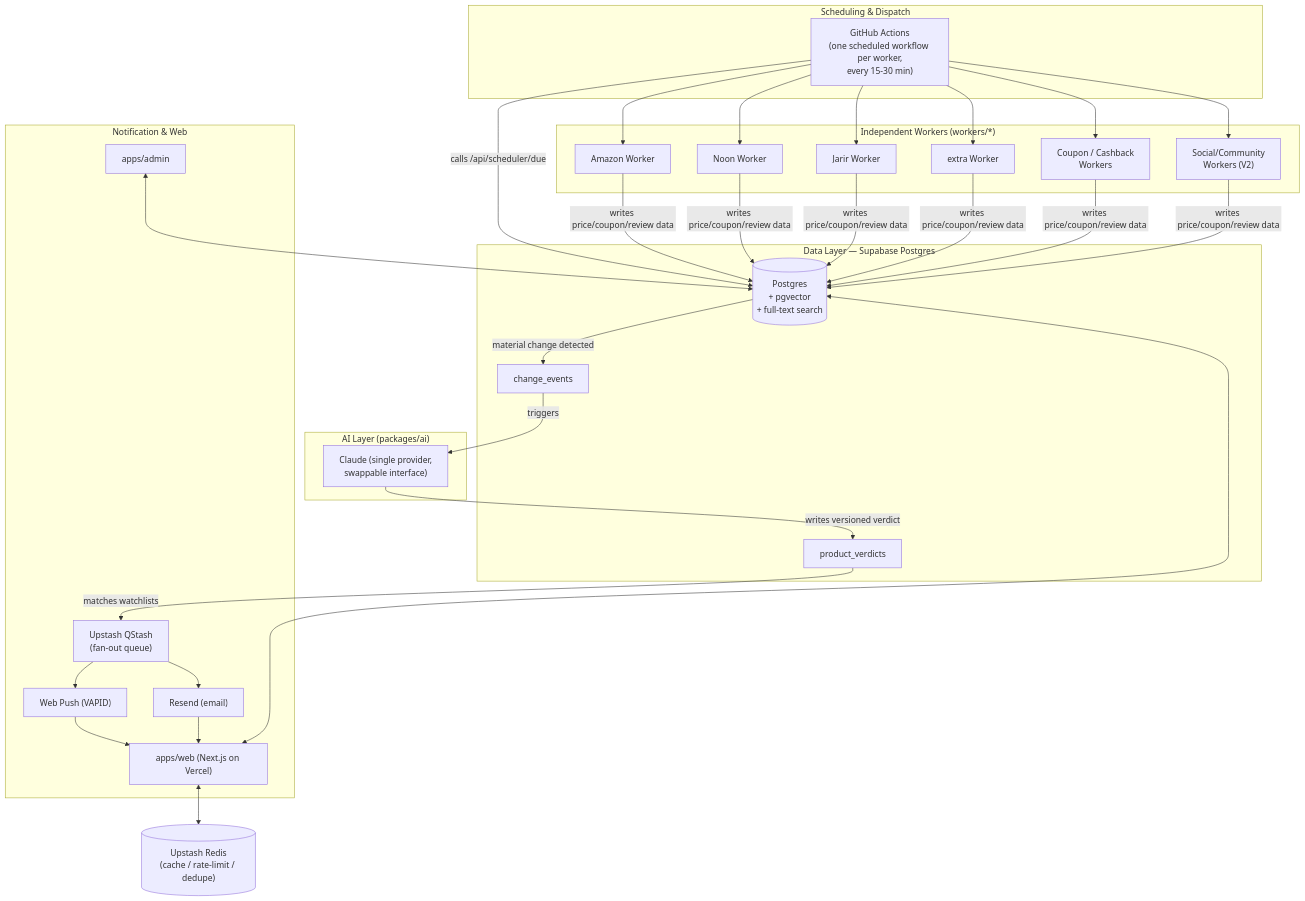
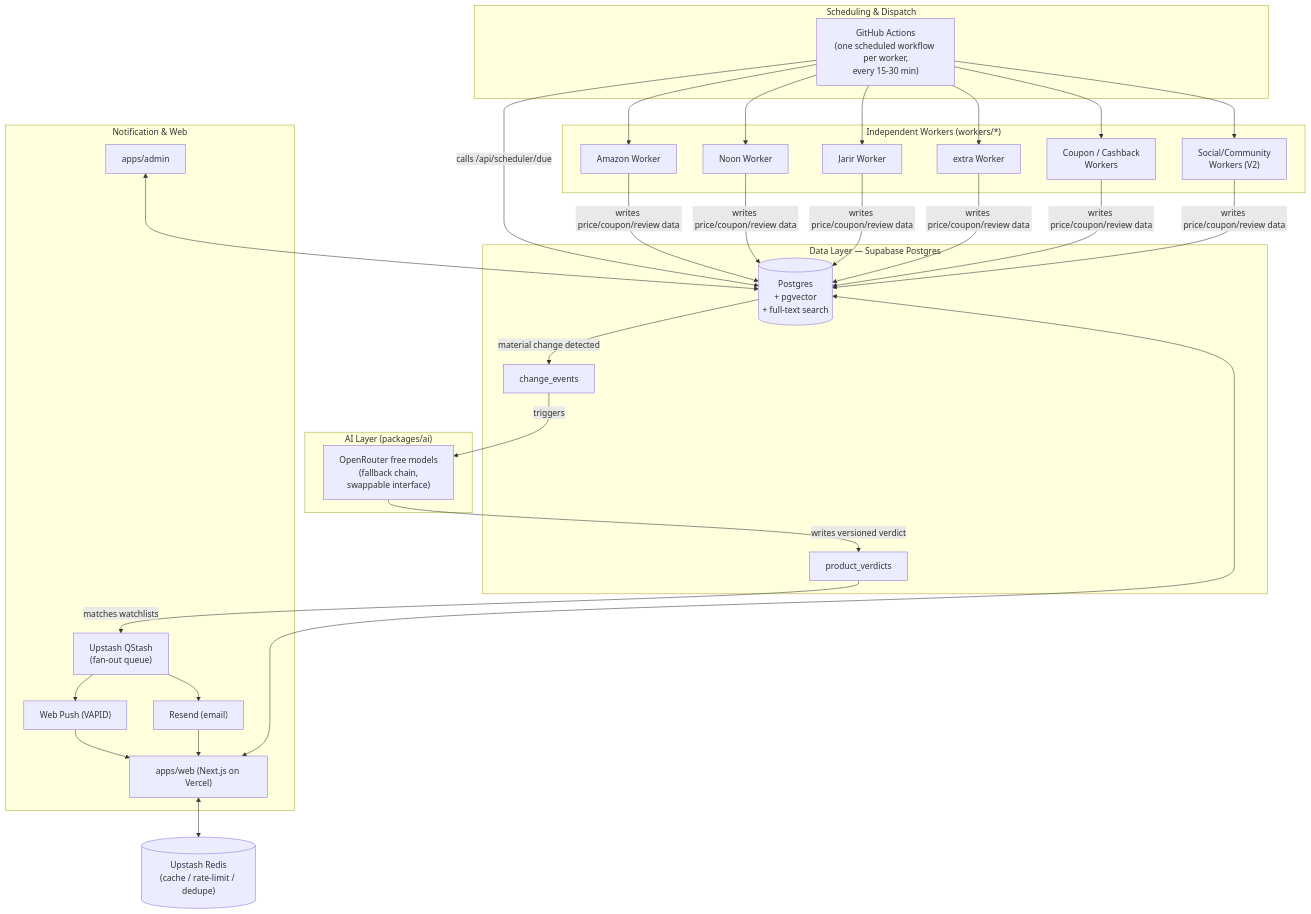
The diagram in ARCHITECTURE.md (FMRY22/AI-Shopping-Intelligence), drawn with Mermaid before and after one commit. The commit also changed other lines of this file, not shown here.

First line of the commit message:
Switch MVP AI layer to free OpenRouter models instead of Claude

````diff
--- a/ARCHITECTURE.md
+++ b/ARCHITECTURE.md
@@ -29,50 +29,50 @@
 ```mermaid
 flowchart TB
     subgraph Scheduling["Scheduling & Dispatch"]
         GHA["GitHub Actions\n(one scheduled workflow per worker,\nevery 15-30 min)"]
     end
 
     subgraph Workers["Independent Workers (workers/*)"]
         W1["Amazon Worker"]
         W2["Noon Worker"]
         W3["Jarir Worker"]
         W4["extra Worker"]
         W5["Coupon / Cashback\nWorkers"]
         W6["Social/Community\nWorkers (V2)"]
     end
 
     subgraph Data["Data Layer — Supabase Postgres"]
         DB[("Postgres\n+ pgvector\n+ full-text search")]
         CE["change_events"]
         PV["product_verdicts"]
     end
 
     subgraph Intelligence["AI Layer (packages/ai)"]
-        AI["Claude (single provider,\nswappable interface)"]
+        AI["OpenRouter free models\n(fallback chain,\nswappable interface)"]
     end
 
     subgraph Delivery["Notification & Web"]
         Q["Upstash QStash\n(fan-out queue)"]
         Push["Web Push (VAPID)"]
         Email["Resend (email)"]
         Web["apps/web (Next.js on Vercel)"]
         Admin["apps/admin"]
     end
 
     Cache[("Upstash Redis\n(cache / rate-limit / dedupe)")]
 
     GHA -->|"calls /api/scheduler/due"| DB
     GHA --> W1 & W2 & W3 & W4 & W5 & W6
     W1 & W2 & W3 & W4 & W5 & W6 -->|"writes price/coupon/review data"| DB
     DB -->|"material change detected"| CE
     CE -->|"triggers"| AI
     AI -->|"writes versioned verdict"| PV
     PV -->|"matches watchlists"| Q
     Q --> Push
     Q --> Email
     Web <--> DB
     Web <--> Cache
     Admin <--> DB
     Push --> Web
     Email --> Web
 ```
````
